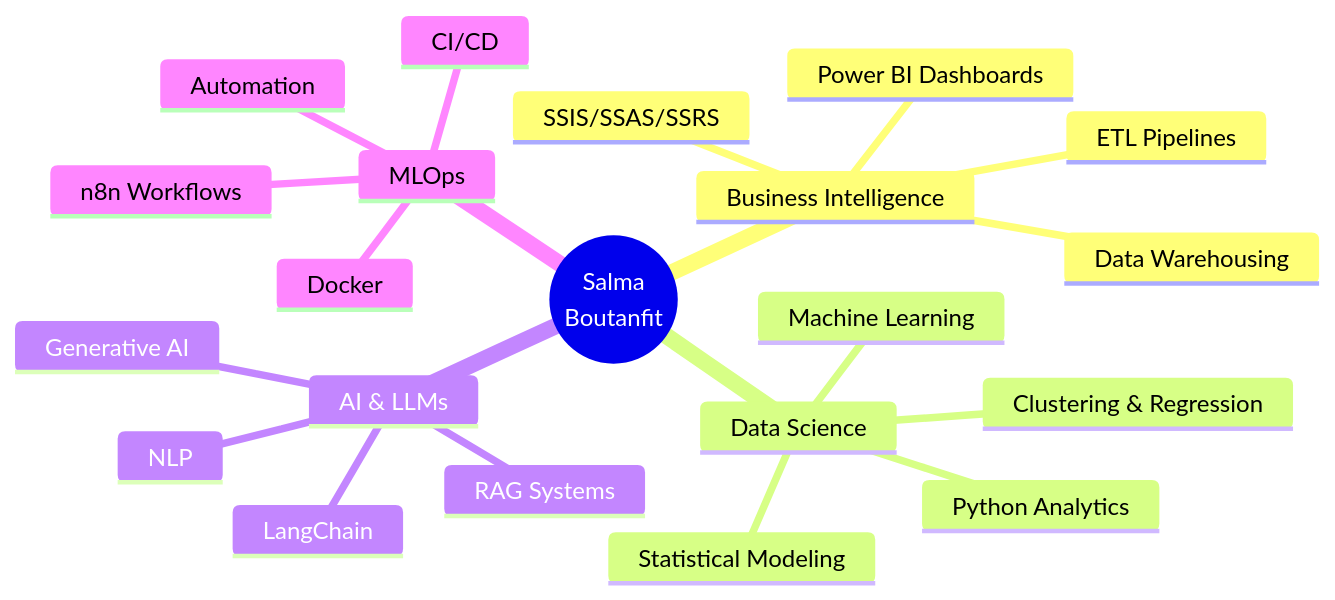
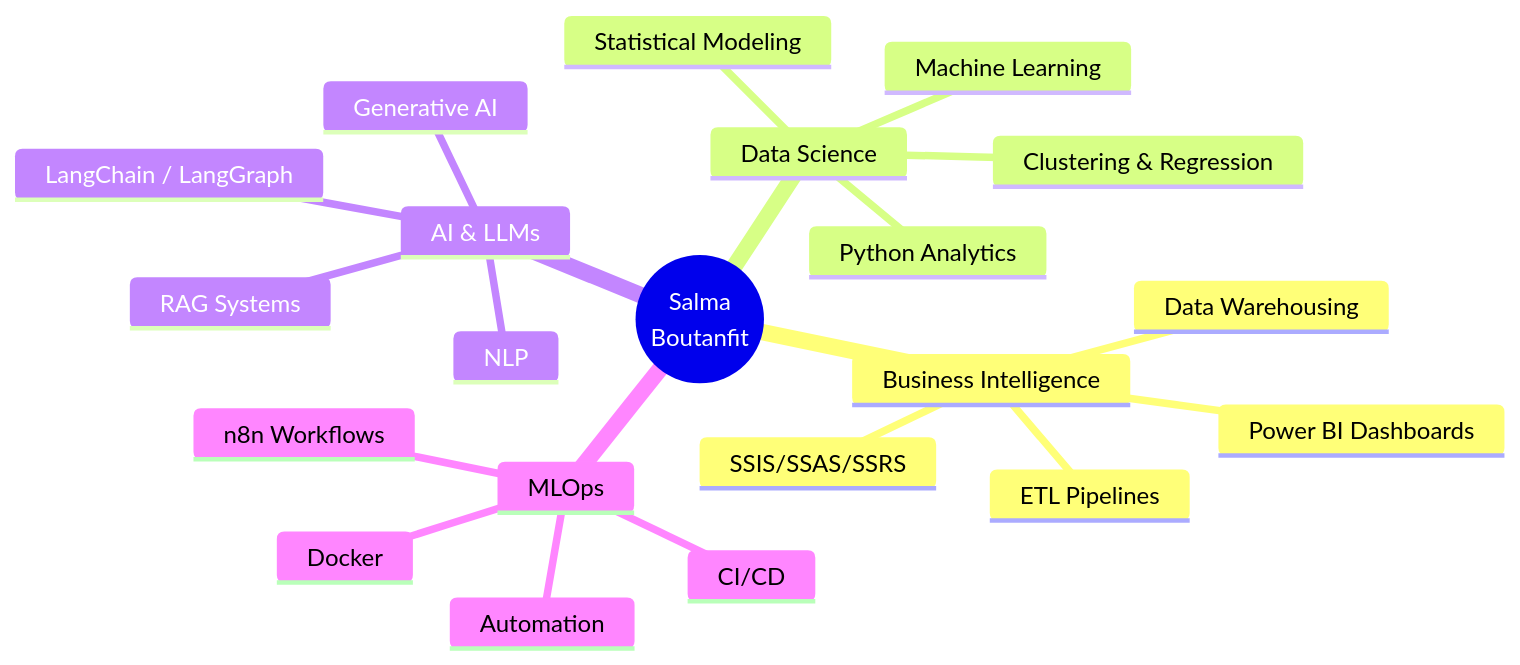
The diagram in README.md (Boutanfitsalma/Boutanfitsalma), drawn with Mermaid before and after one commit. The commit also changed other lines of this file, not shown here.

````diff
--- a/README.md
+++ b/README.md
@@ -151,24 +179,24 @@
 ```mermaid
 mindmap
   root((Salma<br/>Boutanfit))
     Business Intelligence
       Data Warehousing
       ETL Pipelines
       Power BI Dashboards
       SSIS/SSAS/SSRS
     Data Science
       Machine Learning
       Python Analytics
       Statistical Modeling
       Clustering & Regression
     AI & LLMs
       RAG Systems
-      LangChain
+      LangChain / LangGraph
       Generative AI
       NLP
     MLOps
       Docker
       CI/CD
       Automation
       n8n Workflows
 ```
````
